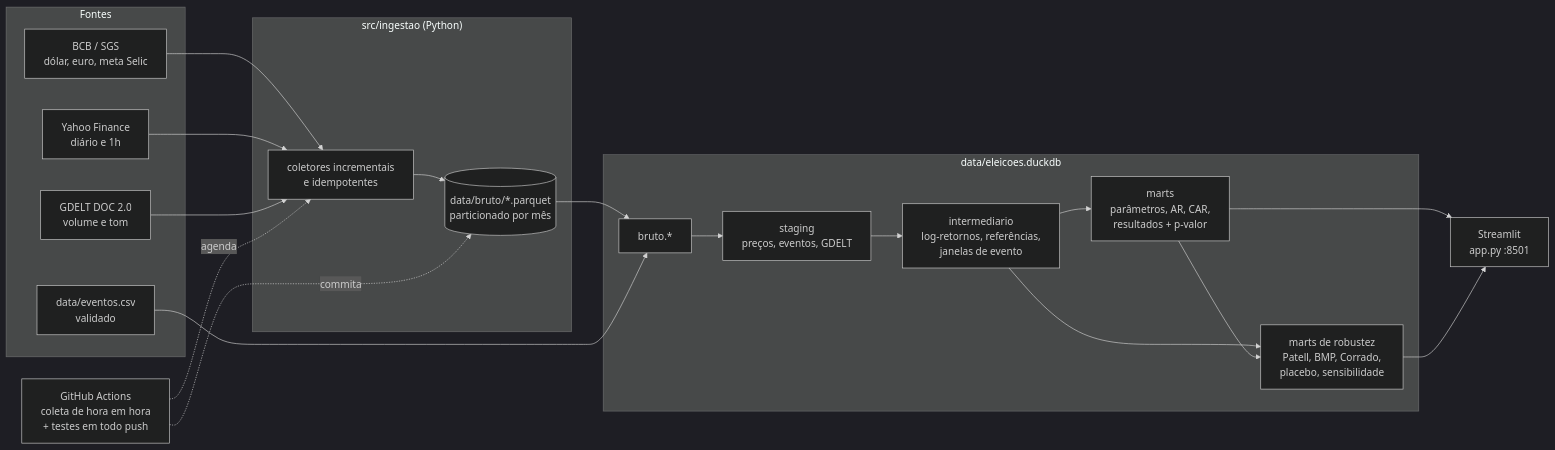
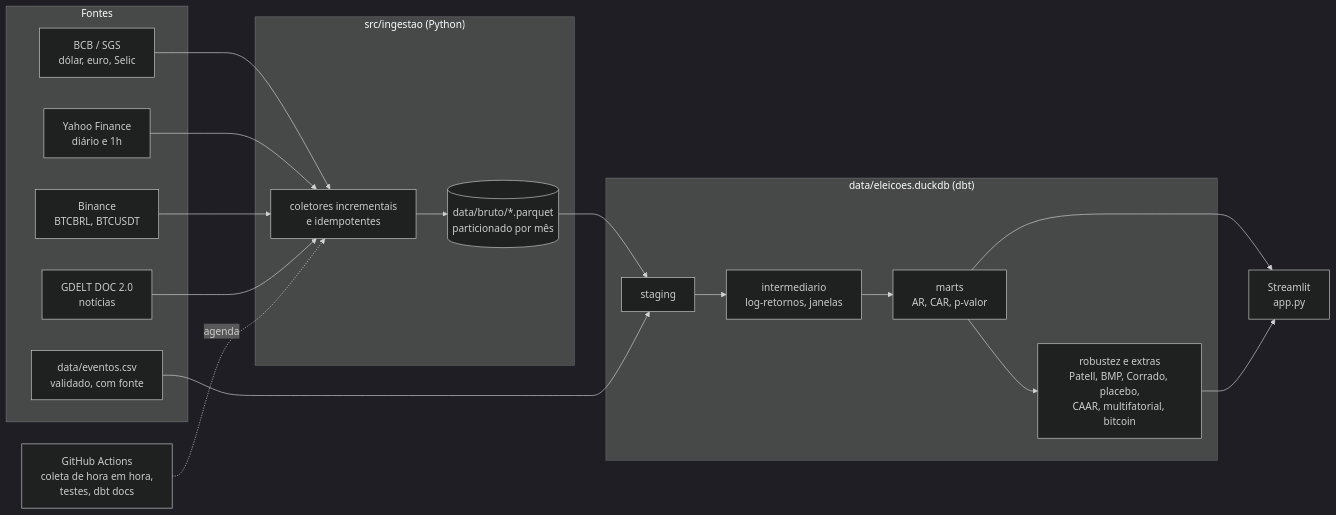
The diagram in README.md (ArthurDavila879/eleicoes-mercado), drawn with Mermaid (dark theme) before and after one commit. The commit also changed other lines of this file and 7 other files, not shown here.

````diff
--- a/README.md
+++ b/README.md
@@ -33,31 +70,28 @@
 ```mermaid
 flowchart LR
     subgraph Fontes
-        BCB[BCB / SGS<br/>dólar, euro, meta Selic]
+        BCB[BCB / SGS<br/>dólar, euro, Selic]
         YF[Yahoo Finance<br/>diário e 1h]
-        GD[GDELT DOC 2.0<br/>volume e tom]
-        EV[data/eventos.csv<br/>validado]
+        BN[Binance<br/>BTCBRL, BTCUSDT]
+        GD[GDELT DOC 2.0<br/>notícias]
+        EV[data/eventos.csv<br/>validado, com fonte]
     end
     subgraph Ingestão["src/ingestao (Python)"]
         COL[coletores incrementais<br/>e idempotentes]
         PQ[(data/bruto/*.parquet<br/>particionado por mês)]
     end
-    subgraph DuckDB["data/eleicoes.duckdb"]
-        BR[bruto.*]
-        STG[staging<br/>preços, eventos, GDELT]
-        INT[intermediario<br/>log-retornos, referências,<br/>janelas de evento]
-        MRT[marts<br/>parâmetros, AR, CAR,<br/>resultados + p-valor]
-        ROB[marts de robustez<br/>Patell, BMP, Corrado,<br/>placebo, sensibilidade]
+    subgraph DuckDB["data/eleicoes.duckdb (dbt)"]
+        STG[staging]
+        INT[intermediario<br/>log-retornos, janelas]
+        MRT[marts<br/>AR, CAR, p-valor]
+        ROB[robustez e extras<br/>Patell, BMP, Corrado, placebo,<br/>CAAR, multifatorial, bitcoin]
     end
-    GA[GitHub Actions<br/>coleta de hora em hora<br/>+ testes em todo push]
-    APP[Streamlit<br/>app.py :8501]
+    GA[GitHub Actions<br/>coleta de hora em hora,<br/>testes, dbt docs]
+    APP[Streamlit<br/>app.py]
 
-    BCB & YF & GD --> COL --> PQ --> BR
-    EV --> BR
-    BR --> STG --> INT --> MRT
-    INT --> ROB
-    MRT --> ROB
+    BCB & YF & BN & GD --> COL --> PQ --> STG
+    EV --> STG
+    STG --> INT --> MRT --> ROB
     MRT & ROB --> APP
     GA -. agenda .-> COL
-    GA -. commita .-> PQ
 ```
````
